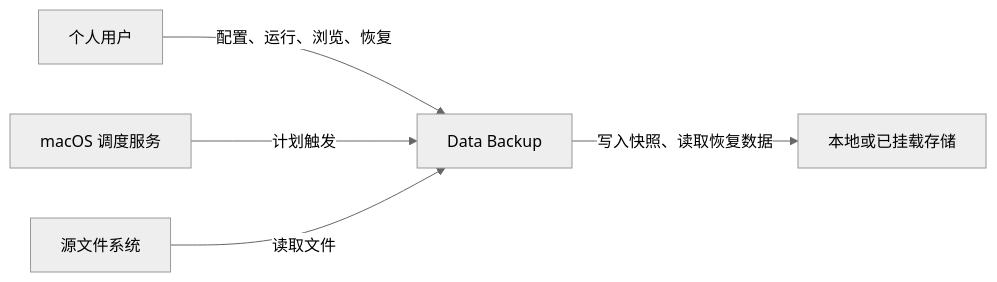
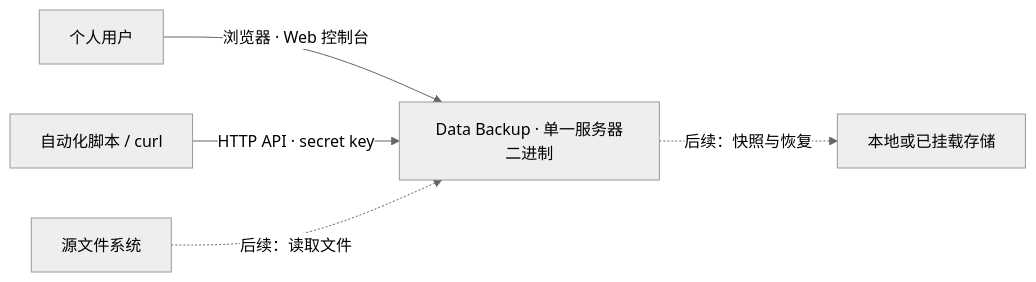
Before and after one commit to qi7876/software-development-exp: the diagram in docs/architecture/system-context.md, drawn with Mermaid (neutral theme). The commit also changed other lines of this file and 55 other files, not shown here.

````diff
--- a/docs/architecture/system-context.md
+++ b/docs/architecture/system-context.md
@@ -5,7 +5,7 @@
 ```mermaid
 flowchart LR
-    User[个人用户] -->|配置、运行、浏览、恢复| Backup[Data Backup]
-    Scheduler[macOS 调度服务] -->|计划触发| Backup
-    Source[源文件系统] -->|读取文件| Backup
-    Backup -->|写入快照、读取恢复数据| Target[本地或已挂载存储]
+    User[个人用户] -->|浏览器 · Web 控制台| Backup[Data Backup · 单一服务器二进制]
+    Automation[自动化脚本 / curl] -->|HTTP API · secret key| Backup
+    Source[源文件系统] -.->|后续：读取文件| Backup
+    Backup -.->|后续：快照与恢复| Target[本地或已挂载存储]
 ```
````
